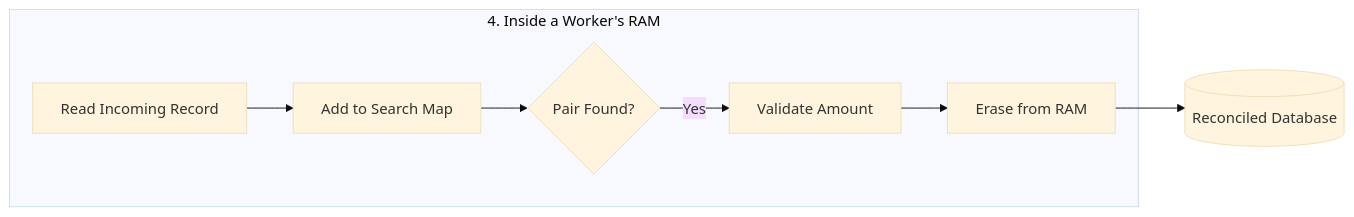
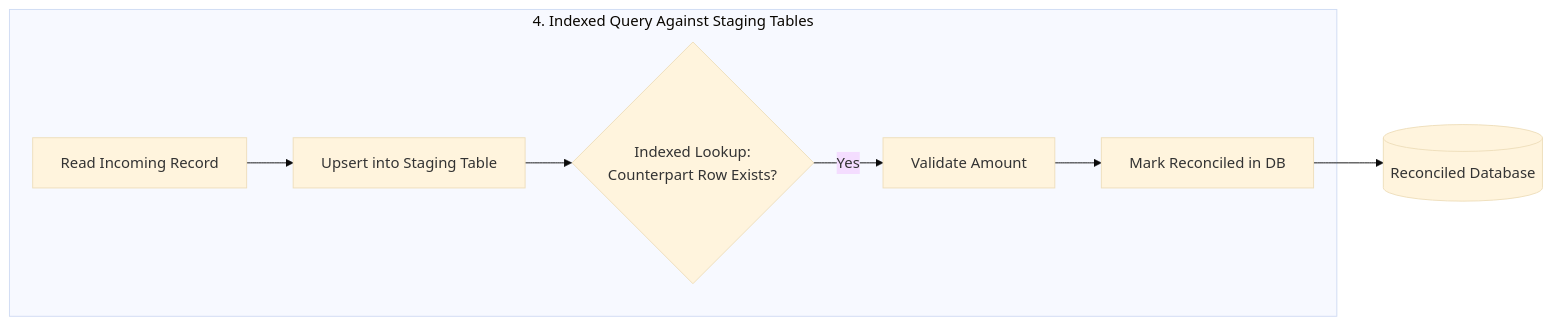
Before and after one commit to Chandra179/atlas: the third of 3 diagrams in blog/astro/src/content/docs/reconcile-service.md, drawn with Mermaid (base theme). The commit also changed other lines of this file and 9 other files, not shown here.

````diff
--- a/blog/astro/src/content/docs/reconcile-service.md
+++ b/blog/astro/src/content/docs/reconcile-service.md
@@ -152,11 +152,11 @@
 ```mermaid
 flowchart LR
-    subgraph In_Memory_Matching [4. Inside a Worker's RAM]
-        M1[Read Incoming Record] --> M2[Add to Search Map]
-        M2 --> M3{Pair Found?}
+    subgraph Durable_Matching [4. Indexed Query Against Staging Tables]
+        M1[Read Incoming Record] --> M2[Upsert into Staging Table]
+        M2 --> M3{Indexed Lookup:<br/>Counterpart Row Exists?}
         M3 -->|Yes| M4[Validate Amount]
-        M4 --> M5[Erase from RAM]
+        M4 --> M5[Mark Reconciled in DB]
     end
 
     M5 --> DB[(Reconciled Database)]
 ```
````
